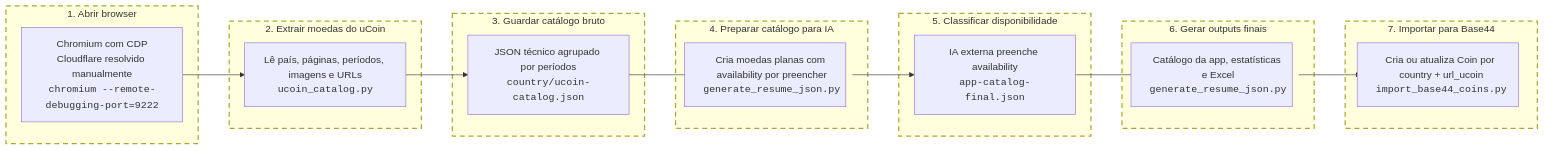
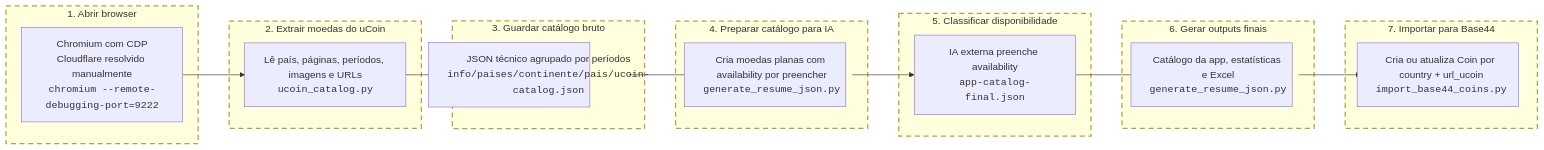
The diagram in README.md (Domandrenog/info_to_my_site), drawn with Mermaid before and after one commit. The commit also changed other lines of this file and 95 other files, not shown here.

````diff
--- a/README.md
+++ b/README.md
@@ -5,47 +5,47 @@
 ```mermaid
 flowchart LR
 	subgraph S1["1. Abrir browser"]
 		A["Chromium com CDP<br/>Cloudflare resolvido manualmente<br/><code>chromium --remote-debugging-port=9222</code>"]
 	end
 
 	subgraph S2["2. Extrair moedas do uCoin"]
 		B["Lê país, páginas, períodos, imagens e URLs<br/><code>ucoin_catalog.py</code>"]
 	end
 
 	subgraph S3["3. Guardar catálogo bruto"]
-		C["JSON técnico agrupado por períodos<br/><code>country/ucoin-catalog.json</code>"]
+		C["JSON técnico agrupado por períodos<br/><code>info/paises/continente/pais/ucoin-catalog.json</code>"]
 	end
 
 	subgraph S4["4. Preparar catálogo para IA"]
 		D["Cria moedas planas com availability por preencher<br/><code>generate_resume_json.py</code>"]
 	end
 
 	subgraph S5["5. Classificar disponibilidade"]
 		E["IA externa preenche availability<br/><code>app-catalog-final.json</code>"]
 	end
 
 	subgraph S6["6. Gerar outputs finais"]
 		F["Catálogo da app, estatísticas e Excel<br/><code>generate_resume_json.py</code>"]
 	end
 
 	subgraph S7["7. Importar para Base44"]
 		G["Cria ou atualiza Coin por country + url_ucoin<br/><code>import_base44_coins.py</code>"]
 	end
 
 	A --> B --> C --> D --> E --> F --> G
 
 	style S1 stroke-dasharray: 8 6,stroke-width:2px
 	style S2 stroke-dasharray: 8 6,stroke-width:2px
 	style S3 stroke-dasharray: 8 6,stroke-width:2px
 	style S4 stroke-dasharray: 8 6,stroke-width:2px
 	style S5 stroke-dasharray: 8 6,stroke-width:2px
 	style S6 stroke-dasharray: 8 6,stroke-width:2px
 	style S7 stroke-dasharray: 8 6,stroke-width:2px
 	style A width:260px,max-width:260px,min-height:95px
 	style B width:260px,max-width:260px,min-height:95px
 	style C width:260px,max-width:260px,min-height:95px
 	style D width:260px,max-width:260px,min-height:95px
 	style E width:260px,max-width:260px,min-height:95px
 	style F width:260px,max-width:260px,min-height:95px
 	style G width:260px,max-width:260px,min-height:95px
 ```
````
